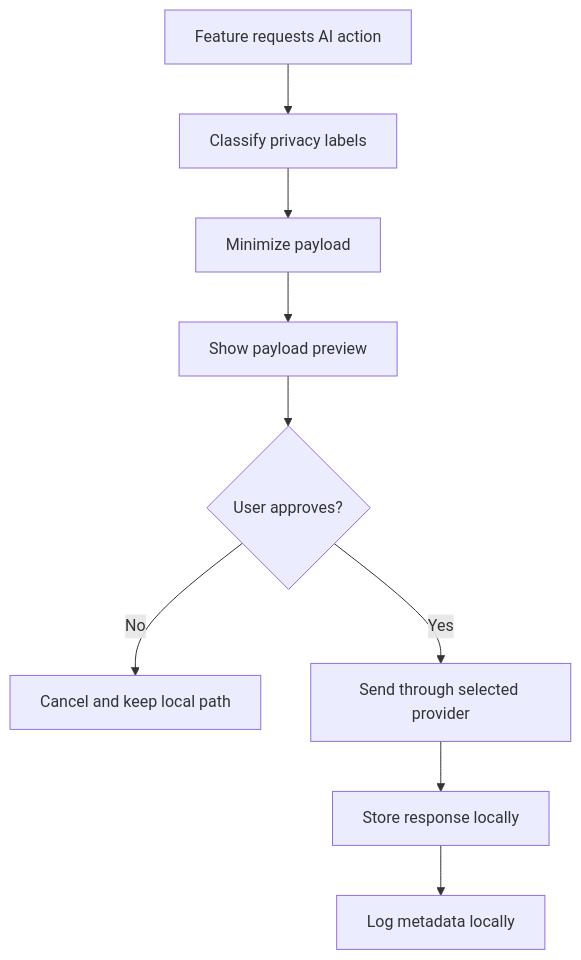
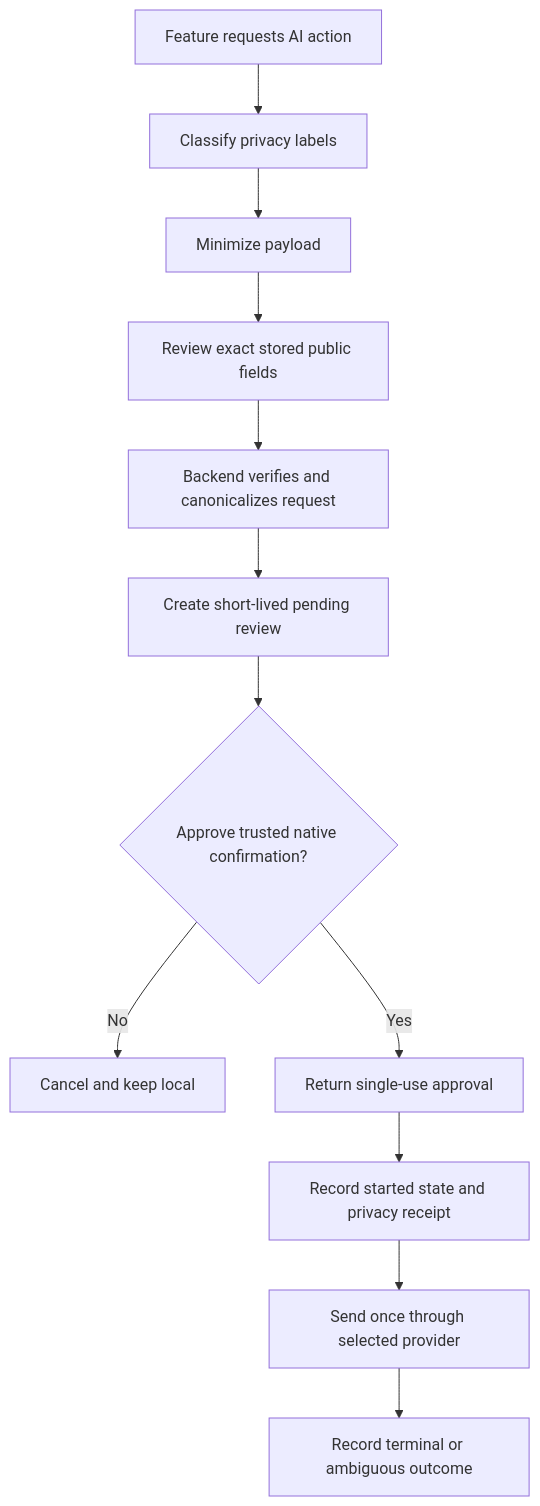
One commit to cboyd0319/JobSentinel changed the diagram in docs/security/privacy-first-ai-gateway.md. Above: the diagram before and after it, drawn with Mermaid. The commit also changed other lines of this file and 49 other files, not shown here.

````diff
--- a/docs/security/privacy-first-ai-gateway.md
+++ b/docs/security/privacy-first-ai-gateway.md
@@ -26,11 +26,14 @@
 ```mermaid
 flowchart TD
   A[Feature requests AI action] --> B[Classify privacy labels]
   B --> C[Minimize payload]
-  C --> D[Show payload preview]
-  D --> E{User approves?}
-  E -- No --> F[Cancel and keep local path]
-  E -- Yes --> G[Send through selected provider]
-  G --> H[Store response locally]
-  H --> I[Log metadata locally]
+  C --> D[Review exact stored public fields]
+  D --> E[Backend verifies and canonicalizes request]
+  E --> F[Create short-lived pending review]
+  F --> G{Approve trusted native confirmation?}
+  G -- No --> H[Cancel and keep local]
+  G -- Yes --> I[Return single-use approval]
+  I --> J[Record started state and privacy receipt]
+  J --> K[Send once through selected provider]
+  K --> L[Record terminal or ambiguous outcome]
 ```
````
